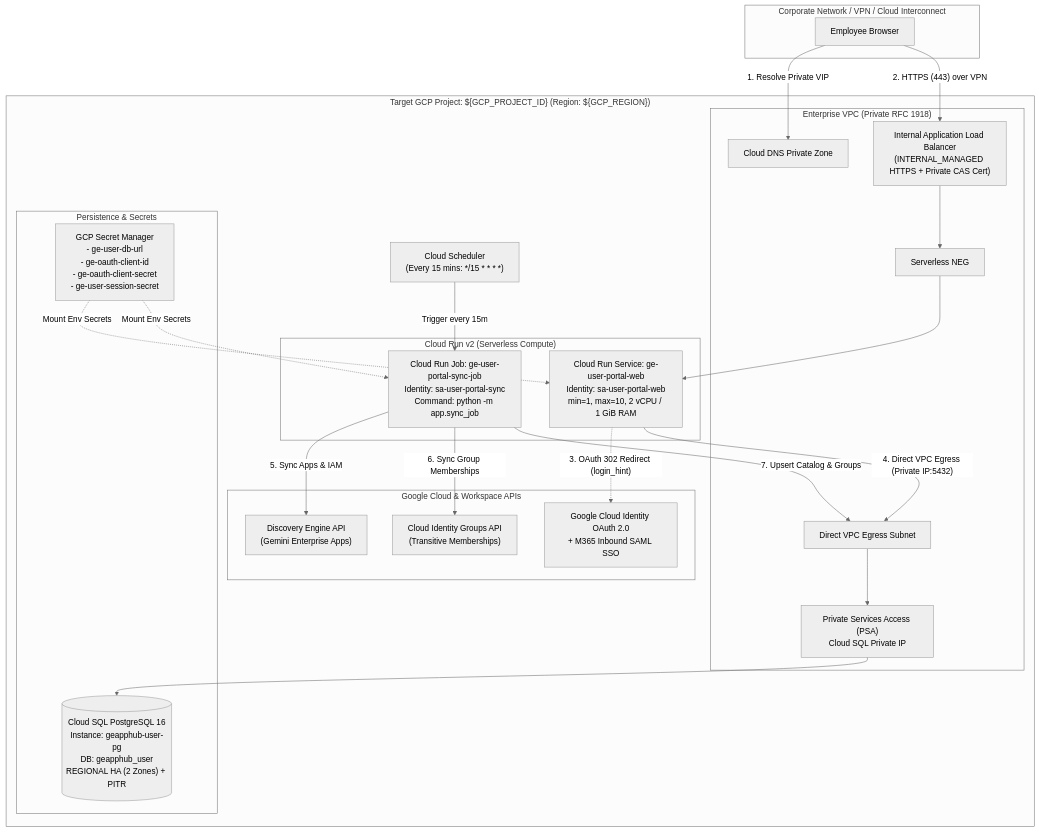
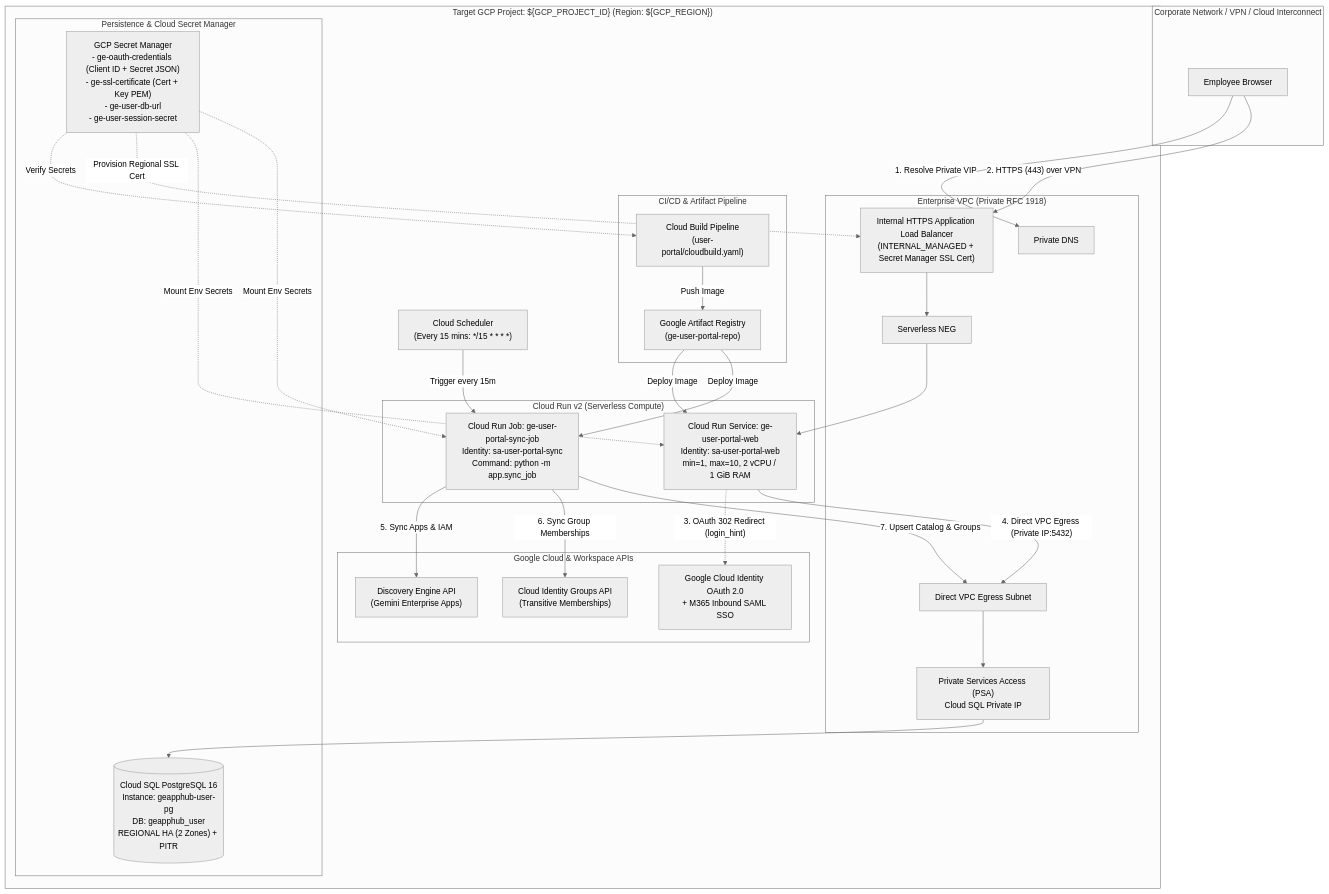
Before and after one commit to mohanrajs-ai/aihub: the diagram in user-portal/docs/user-portal-gcp-deployment-design.md, drawn with Mermaid (neutral theme). The commit also changed other lines of this file and 9 other files, not shown here.

````diff
--- a/user-portal/docs/user-portal-gcp-deployment-design.md
+++ b/user-portal/docs/user-portal-gcp-deployment-design.md
@@ -24,46 +24,56 @@
 ```mermaid
 flowchart TB
   subgraph CorpNet["Corporate Network / VPN / Cloud Interconnect"]
     UserBrowser["Employee Browser"]
   end
 
   subgraph GCP["Target GCP Project: ${GCP_PROJECT_ID} (Region: ${GCP_REGION})"]
+    subgraph CICD["CI/CD & Artifact Pipeline"]
+      CloudBuild["Cloud Build Pipeline<br/>(user-portal/cloudbuild.yaml)"]
+      ArtifactReg["Google Artifact Registry<br/>(ge-user-portal-repo)"]
+    end
+
     subgraph VPC["Enterprise VPC (Private RFC 1918)"]
-      DNS["Cloud DNS Private Zone"]
-      ILB["Internal Application Load Balancer<br/>(INTERNAL_MANAGED HTTPS + Private CAS Cert)"]
+      DNS["Private DNS"]
+      ILB["Internal HTTPS Application Load Balancer<br/>(INTERNAL_MANAGED + Secret Manager SSL Cert)"]
       NEG["Serverless NEG"]
       EgressSubnet["Direct VPC Egress Subnet"]
       PSA["Private Services Access (PSA)<br/>Cloud SQL Private IP"]
     end
 
     subgraph CloudRunPlane["Cloud Run v2 (Serverless Compute)"]
       WebSvc["Cloud Run Service: ge-user-portal-web<br/>Identity: sa-user-portal-web<br/>min=1, max=10, 2 vCPU / 1 GiB RAM"]
       SyncJob["Cloud Run Job: ge-user-portal-sync-job<br/>Identity: sa-user-portal-sync<br/>Command: python -m app.sync_job"]
     end
 
     Scheduler["Cloud Scheduler<br/>(Every 15 mins: */15 * * * *)"]
 
-    subgraph DataAndSecrets["Persistence & Secrets"]
+    subgraph DataAndSecrets["Persistence & Cloud Secret Manager"]
       CloudSQL[("Cloud SQL PostgreSQL 16<br/>Instance: geapphub-user-pg<br/>DB: geapphub_user<br/>REGIONAL HA (2 Zones) + PITR")]
-      SecretMgr["GCP Secret Manager<br/>- ge-user-db-url<br/>- ge-oauth-client-id<br/>- ge-oauth-client-secret<br/>- ge-user-session-secret"]
+      SecretMgr["GCP Secret Manager<br/>- ge-oauth-credentials (Client ID + Secret JSON)<br/>- ge-ssl-certificate (Cert + Key PEM)<br/>- ge-user-db-url<br/>- ge-user-session-secret"]
     end
 
     subgraph GoogleAPIs["Google Cloud & Workspace APIs"]
       OAuth["Google Cloud Identity OAuth 2.0<br/>+ M365 Inbound SAML SSO"]
       DiscEngine["Discovery Engine API<br/>(Gemini Enterprise Apps)"]
       CloudIdentity["Cloud Identity Groups API<br/>(Transitive Memberships)"]
     end
   end
 
+  CloudBuild -->|"Push Image"| ArtifactReg
+  ArtifactReg -->|"Deploy Image"| WebSvc
+  ArtifactReg -->|"Deploy Image"| SyncJob
+  SecretMgr -.->|"Verify Secrets"| CloudBuild
+  SecretMgr -.->|"Provision Regional SSL Cert"| ILB
   UserBrowser -->|"1. Resolve Private VIP"| DNS
   UserBrowser -->|"2. HTTPS (443) over VPN"| ILB
   ILB --> NEG --> WebSvc
   WebSvc -.->|"3. OAuth 302 Redirect (login_hint)"| OAuth
   WebSvc -->|"4. Direct VPC Egress (Private IP:5432)"| EgressSubnet --> PSA --> CloudSQL
   SecretMgr -.->|"Mount Env Secrets"| WebSvc
   SecretMgr -.->|"Mount Env Secrets"| SyncJob
   Scheduler -->|"Trigger every 15m"| SyncJob
   SyncJob -->|"5. Sync Apps & IAM"| DiscEngine
   SyncJob -->|"6. Sync Group Memberships"| CloudIdentity
   SyncJob -->|"7. Upsert Catalog & Groups"| EgressSubnet
 ```
````
